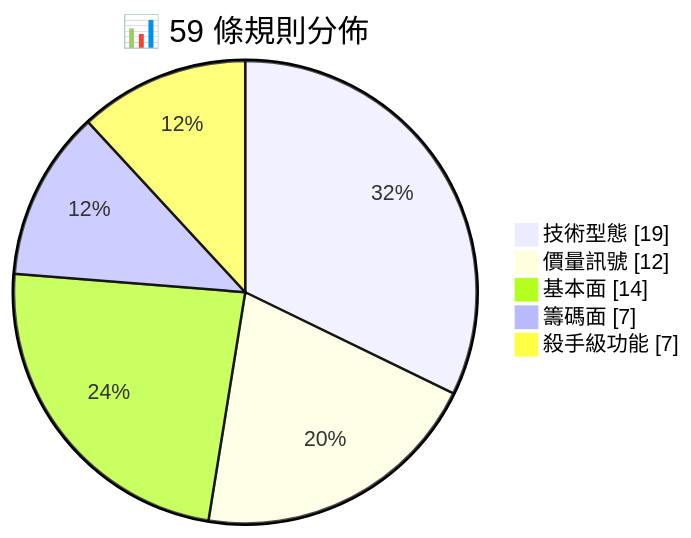
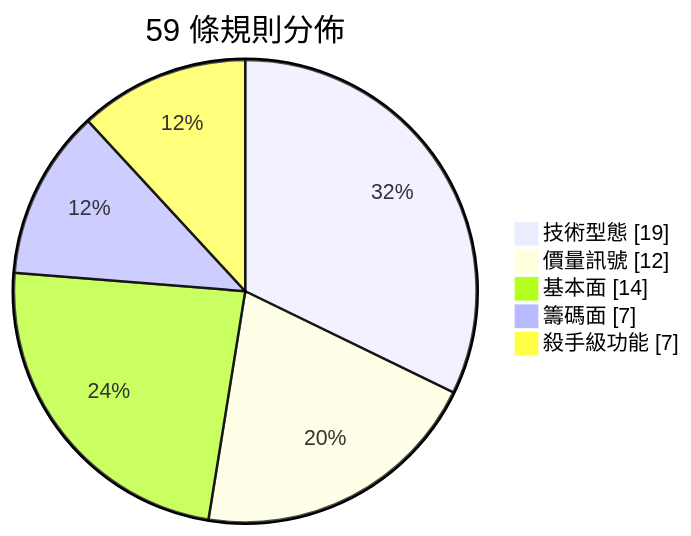
Before and after one commit to Neal75418/afterclose: the second of 2 diagrams in README.md, drawn with Mermaid. The commit also changed other lines of this file and 2 other files, not shown here.

````diff
--- a/README.md
+++ b/README.md
@@ -149,8 +142,8 @@
 ```mermaid
-pie showData title 📊 59 條規則分佈
+pie showData title 59 條規則分佈
     "技術型態" : 19
     "價量訊號" : 12
     "基本面" : 14
     "籌碼面" : 7
     "殺手級功能" : 7
 ```
````
